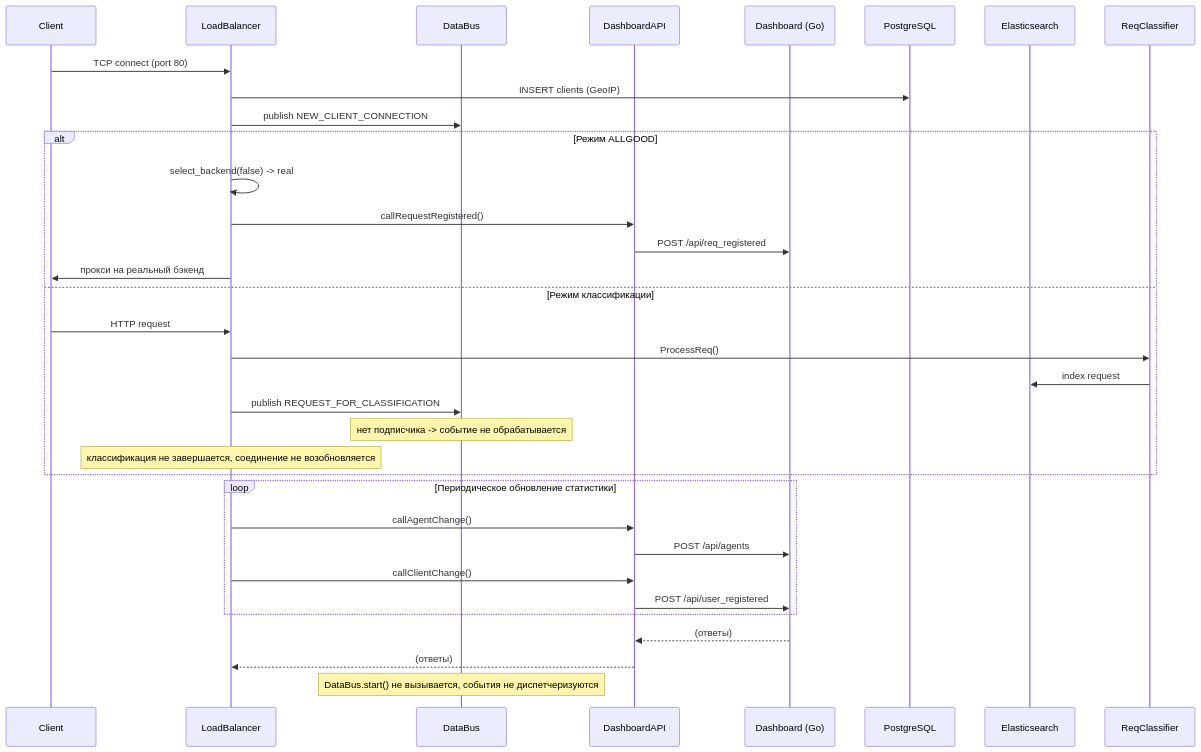
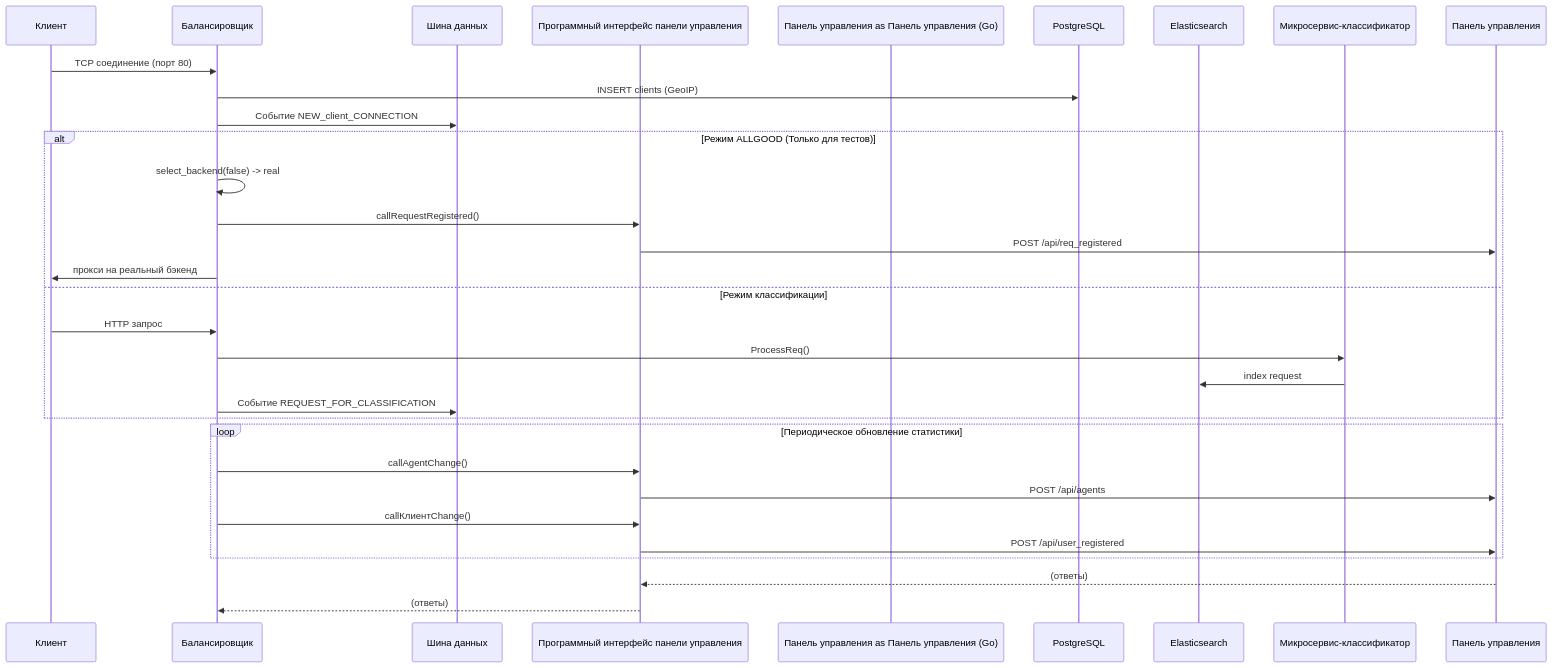
One commit to mmonastyrskiy/HeavenGate changed the diagram in docs/ARCHITECTURE_AND_USAGE.md. Above: the diagram before and after it, drawn with Mermaid.

````diff
--- a/docs/ARCHITECTURE_AND_USAGE.md
+++ b/docs/ARCHITECTURE_AND_USAGE.md
@@ -189,41 +189,38 @@
 ```mermaid
 sequenceDiagram
-    participant Client
-    participant LoadBalancer
-    participant DataBus
-    participant DashboardAPI
-    participant DashboardGo as Dashboard (Go)
+    participant Клиент
+    participant Балансировщик
+    participant Шина данных
+    participant Программный интерфейс панели управления
+    participant Панель управления as Панель управления (Go)
     participant PostgreSQL
     participant Elasticsearch
-    participant ReqClassifier
+    participant Микросервис-классификатор
 
-    Client->>LoadBalancer: TCP connect (port 80)
-    LoadBalancer->>PostgreSQL: INSERT clients (GeoIP)
-    LoadBalancer->>DataBus: publish NEW_CLIENT_CONNECTION
+    Клиент->>Балансировщик: TCP соединение (порт 80)
+    Балансировщик->>PostgreSQL: INSERT clients (GeoIP)
+    Балансировщик->>Шина данных: Событие NEW_client_CONNECTION
 
-    alt Режим ALLGOOD
-        LoadBalancer->>LoadBalancer: select_backend(false) -> real
-        LoadBalancer->>DashboardAPI: callRequestRegistered()
-        DashboardAPI->>DashboardGo: POST /api/req_registered
-        LoadBalancer->>Client: прокси на реальный бэкенд
+    alt Режим ALLGOOD (Только для тестов)
+        Балансировщик->>Балансировщик: select_backend(false) -> real
+        Балансировщик->>Программный интерфейс панели управления: callRequestRegistered()
+        Программный интерфейс панели управления->>Панель управления: POST /api/req_registered
+        Балансировщик->>Клиент: прокси на реальный бэкенд
     else Режим классификации
-        Client->>LoadBalancer: HTTP request
-        LoadBalancer->>ReqClassifier: ProcessReq()
-        ReqClassifier->>Elasticsearch: index request
-        LoadBalancer->>DataBus: publish REQUEST_FOR_CLASSIFICATION
-        Note over DataBus: нет подписчика -> событие не обрабатывается
-        Note over LoadBalancer: классификация не завершается, соединение не возобновляется
+        Клиент->>Балансировщик: HTTP запрос
+        Балансировщик->>Микросервис-классификатор: ProcessReq()
+        Микросервис-классификатор->>Elasticsearch: index request
+        Балансировщик->>Шина данных: Событие REQUEST_FOR_CLASSIFICATION
     end
 
     loop Периодическое обновление статистики
-        LoadBalancer->>DashboardAPI: callAgentChange()
-        DashboardAPI->>DashboardGo: POST /api/agents
-        LoadBalancer->>DashboardAPI: callClientChange()
-        DashboardAPI->>DashboardGo: POST /api/user_registered
+        Балансировщик->>Программный интерфейс панели управления: callAgentChange()
+        Программный интерфейс панели управления->>Панель управления: POST /api/agents
+        Балансировщик->>Программный интерфейс панели управления: callКлиентChange()
+        Программный интерфейс панели управления->>Панель управления: POST /api/user_registered
     end
 
-    DashboardGo-->>DashboardAPI: (ответы)
-    DashboardAPI-->>LoadBalancer: (ответы)
+    Панель управления-->>Программный интерфейс панели управления: (ответы)
+    Программный интерфейс панели управления-->>Балансировщик: (ответы)
 
-    Note over DataBus: DataBus.start() не вызывается, события не диспетчеризуются
 ```
````
